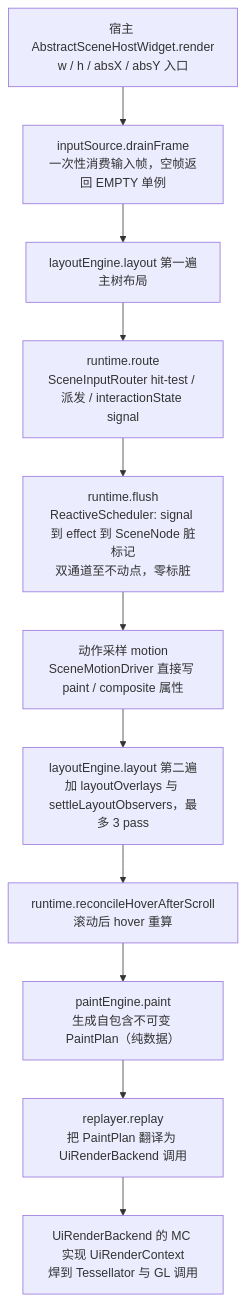
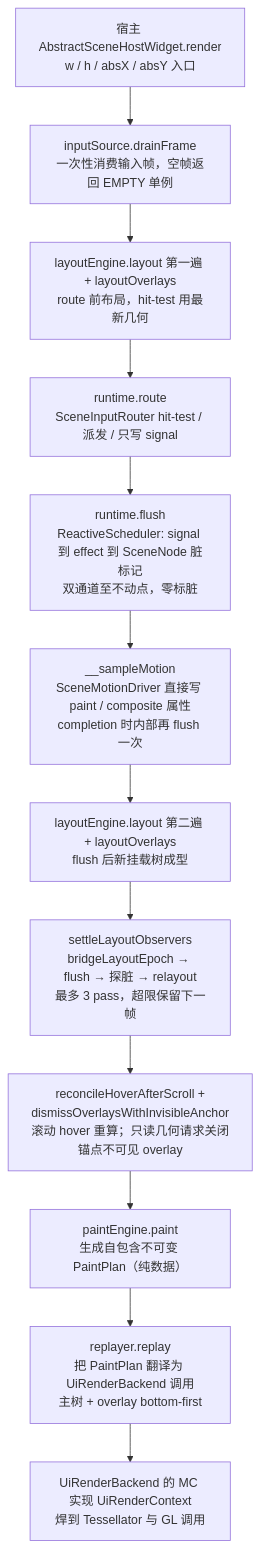
The first of 2 diagrams in docs/开发者文档/架构图/01-scene渲染管线.md (QuanhuZeYu/Qz-UILib), drawn with Mermaid before and after one commit. The commit also changed other lines of this file and 29 other files, not shown here.

````diff
--- a/docs/开发者文档/架构图/01-scene渲染管线.md
+++ b/docs/开发者文档/架构图/01-scene渲染管线.md
@@ -9,25 +10,17 @@
 ```mermaid
 flowchart TD
   A["宿主 AbstractSceneHostWidget.render<br>w / h / absX / absY 入口"]
   B["inputSource.drainFrame<br>一次性消费输入帧，空帧返回 EMPTY 单例"]
-  C["layoutEngine.layout 第一遍<br>主树布局"]
-  D["runtime.route<br>SceneInputRouter hit-test / 派发 / interactionState signal"]
+  C["layoutEngine.layout 第一遍 + layoutOverlays<br>route 前布局，hit-test 用最新几何"]
+  D["runtime.route<br>SceneInputRouter hit-test / 派发 / 只写 signal"]
   E["runtime.flush<br>ReactiveScheduler: signal 到 effect 到 SceneNode 脏标记<br>双通道至不动点，零标脏"]
-  F["动作采样 motion<br>SceneMotionDriver 直接写 paint / composite 属性"]
-  G["layoutEngine.layout 第二遍<br>加 layoutOverlays 与 settleLayoutObservers，最多 3 pass"]
-  H["runtime.reconcileHoverAfterScroll<br>滚动后 hover 重算"]
-  I["paintEngine.paint<br>生成自包含不可变 PaintPlan（纯数据）"]
-  J["replayer.replay<br>把 PaintPlan 翻译为 UiRenderBackend 调用"]
-  K["UiRenderBackend 的 MC 实现 UiRenderContext<br>焊到 Tessellator 与 GL 调用"]
+  F["__sampleMotion<br>SceneMotionDriver 直接写 paint / composite 属性<br>completion 时内部再 flush 一次"]
+  G["layoutEngine.layout 第二遍 + layoutOverlays<br>flush 后新挂载树成型"]
+  H["settleLayoutObservers<br>bridgeLayoutEpoch → flush → 探脏 → relayout<br>最多 3 pass，超限保留下一帧"]
+  I["reconcileHoverAfterScroll +<br>dismissOverlaysWithInvisibleAnchor<br>滚动 hover 重算；只读几何请求关闭锚点不可见 overlay"]
+  J["paintEngine.paint<br>生成自包含不可变 PaintPlan（纯数据）"]
+  K["replayer.replay<br>把 PaintPlan 翻译为 UiRenderBackend 调用<br>主树 + overlay bottom-first"]
+  L["UiRenderBackend 的 MC 实现 UiRenderContext<br>焊到 Tessellator 与 GL 调用"]
 
-  A --> B
-  B --> C
-  C --> D
-  D --> E
-  E --> F
-  F --> G
-  G --> H
-  H --> I
-  I --> J
-  J --> K
+  A --> B --> C --> D --> E --> F --> G --> H --> I --> J --> K --> L
 ```
````
